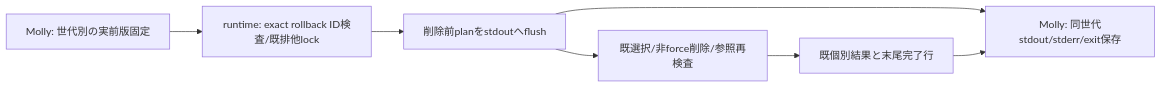
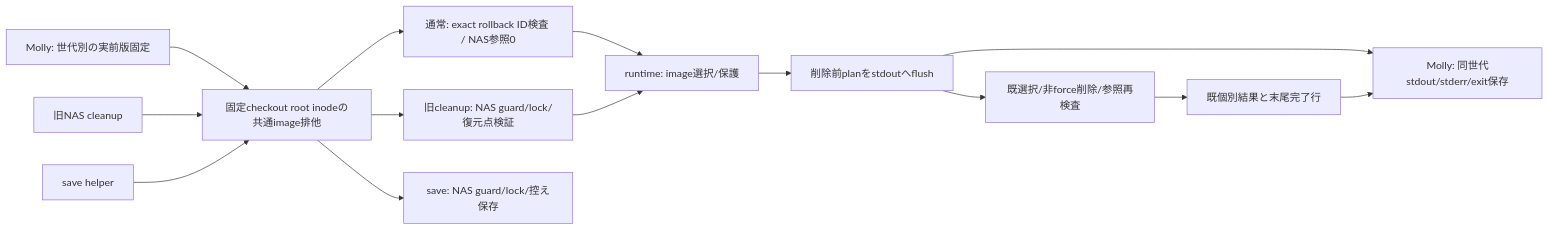
One commit to kitepon/BellTeam changed the fourth of 4 diagrams in docs/architecture/modules/runtime/recovery.md. Above: the diagram before and after it, drawn with Mermaid. The commit also changed other lines of this file and 5 other files, not shown here.

Commit message:
Separate normal cleanup from NAS and share image operation lock

````diff
--- a/docs/architecture/modules/runtime/recovery.md
+++ b/docs/architecture/modules/runtime/recovery.md
@@ -99,9 +102,16 @@
 ```mermaid
 flowchart LR
-  Previous[Molly: 世代別の実前版固定] --> Helper[runtime: exact rollback ID検査/既排他lock]
+  Previous[Molly: 世代別の実前版固定] --> Lock[固定checkout root inodeの共通image排他]
+  Legacy[旧NAS cleanup] --> Lock
+  SaveEntry[save helper] --> Lock
+  Lock --> Explicit[通常: exact rollback ID検査 / NAS参照0]
+  Lock --> NAS[旧cleanup: NAS guard/lock/復元点検証]
+  Lock --> Backup[save: NAS guard/lock/控え保存]
+  Explicit --> Helper[runtime: image選択/保護]
+  NAS --> Helper
   Helper --> Plan[削除前planをstdoutへflush]
   Plan --> Delete[既選択/非force削除/参照再検査]
   Delete --> Result[既個別結果と末尾完了行]
   Plan --> Save[Molly: 同世代stdout/stderr/exit保存]
   Result --> Save
 ```
````
